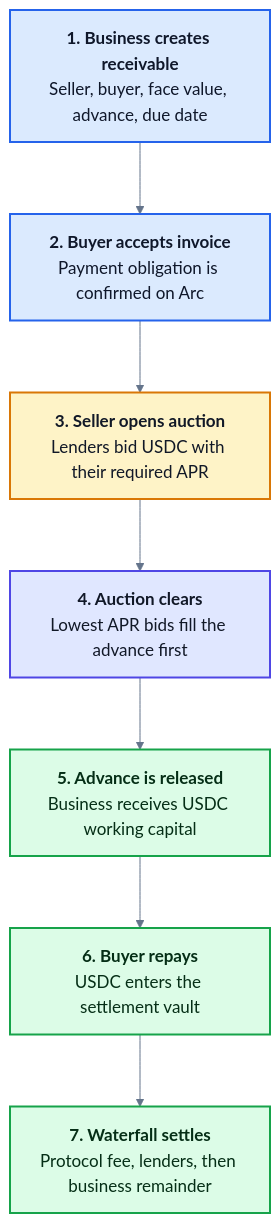
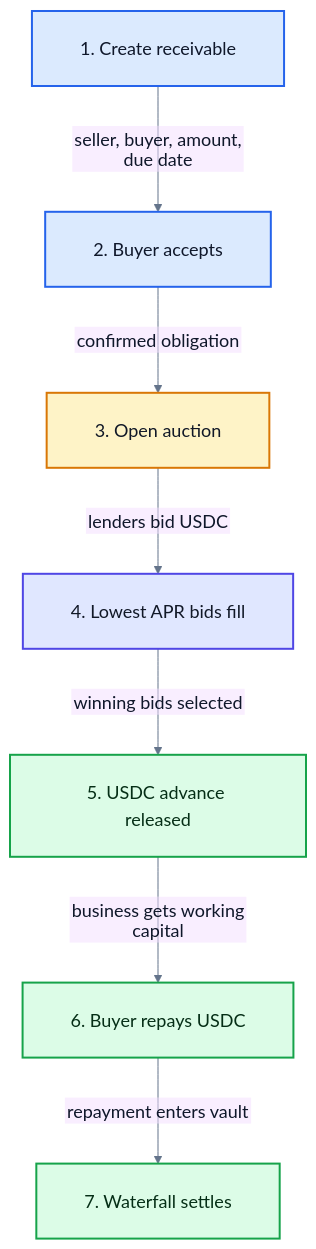
One commit to NikhilRaikwar/Morrow changed the first of 2 diagrams in README.md. Above: the diagram before and after it, drawn with Mermaid. The commit also changed other lines of this file, not shown here.

Commit message:
docs: fix GitHub Mermaid clipping

````diff
--- a/README.md
+++ b/README.md
@@ -45,18 +45,23 @@
 ```mermaid
-%%{init: {"theme":"base","flowchart":{"htmlLabels":true,"nodeSpacing":70,"rankSpacing":72},"themeVariables":{"fontFamily":"Inter, Arial","fontSize":"17px","primaryTextColor":"#0f172a","lineColor":"#64748b"}}}%%
+%%{init: {"theme":"base","flowchart":{"htmlLabels":false,"nodeSpacing":80,"rankSpacing":80,"padding":24},"themeVariables":{"fontFamily":"Arial","fontSize":"18px","primaryTextColor":"#0f172a","lineColor":"#64748b"}}}%%
 flowchart TD
-  A["<b>1. Business creates receivable</b><br/>Seller, buyer, face value, advance, due date"]:::blue
-  B["<b>2. Buyer accepts invoice</b><br/>Payment obligation is confirmed on Arc"]:::blue
-  C["<b>3. Seller opens auction</b><br/>Lenders bid USDC with their required APR"]:::yellow
-  D["<b>4. Auction clears</b><br/>Lowest APR bids fill the advance first"]:::purple
-  E["<b>5. Advance is released</b><br/>Business receives USDC working capital"]:::green
-  F["<b>6. Buyer repays</b><br/>USDC enters the settlement vault"]:::green
-  G["<b>7. Waterfall settles</b><br/>Protocol fee, lenders, then business remainder"]:::green
+  A["1. Create receivable"]:::blue
+  B["2. Buyer accepts"]:::blue
+  C["3. Open auction"]:::yellow
+  D["4. Lowest APR bids fill"]:::purple
+  E["5. USDC advance released"]:::green
+  F["6. Buyer repays USDC"]:::green
+  G["7. Waterfall settles"]:::green
 
-  A --> B --> C --> D --> E --> F --> G
+  A -->|"seller, buyer, amount, due date"| B
+  B -->|"confirmed obligation"| C
+  C -->|"lenders bid USDC"| D
+  D -->|"winning bids selected"| E
+  E -->|"business gets working capital"| F
+  F -->|"repayment enters vault"| G
 
   classDef blue fill:#dbeafe,stroke:#2563eb,color:#0f172a,stroke-width:2px;
   classDef yellow fill:#fef3c7,stroke:#d97706,color:#111827,stroke-width:2px;
   classDef purple fill:#e0e7ff,stroke:#4f46e5,color:#111827,stroke-width:2px;
   classDef green fill:#dcfce7,stroke:#16a34a,color:#052e16,stroke-width:2px;
 ```
````
